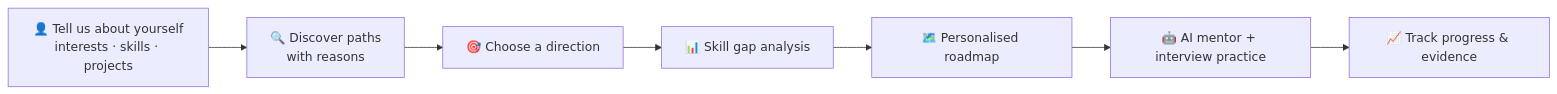
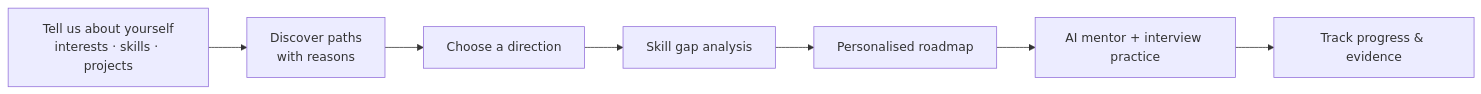
One commit to lakshay57112/PATHFINDERAI changed the first of 2 diagrams in README.md. Above: the diagram before and after it, drawn with Mermaid. The commit also changed other lines of this file, not shown here.

````diff
--- a/README.md
+++ b/README.md
@@ -40,9 +37,9 @@
 ```mermaid
 flowchart LR
-    A[👤 Tell us about yourself<br/>interests · skills · projects] --> B[🔍 Discover paths<br/>with reasons]
-    B --> C[🎯 Choose a direction]
-    C --> D[📊 Skill gap analysis]
-    D --> E[🗺️ Personalised roadmap]
-    E --> F[🤖 AI mentor + interview practice]
-    F --> G[📈 Track progress & evidence]
+    A[Tell us about yourself<br/>interests · skills · projects] --> B[Discover paths<br/>with reasons]
+    B --> C[Choose a direction]
+    C --> D[Skill gap analysis]
+    D --> E[Personalised roadmap]
+    E --> F[AI mentor + interview practice]
+    F --> G[Track progress & evidence]
 ```
````
